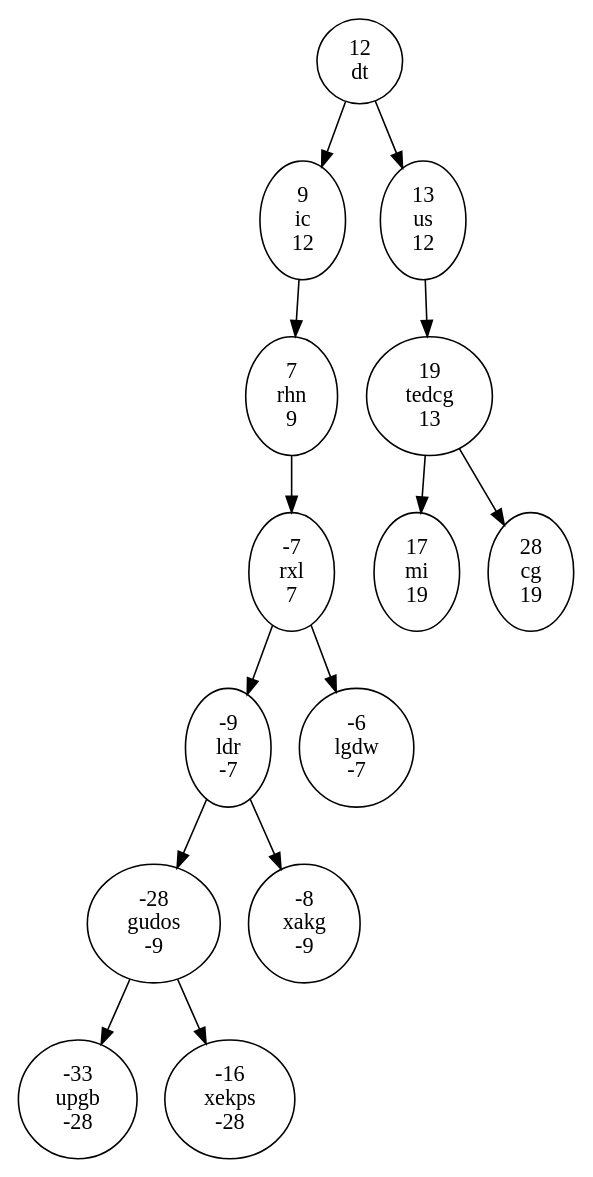
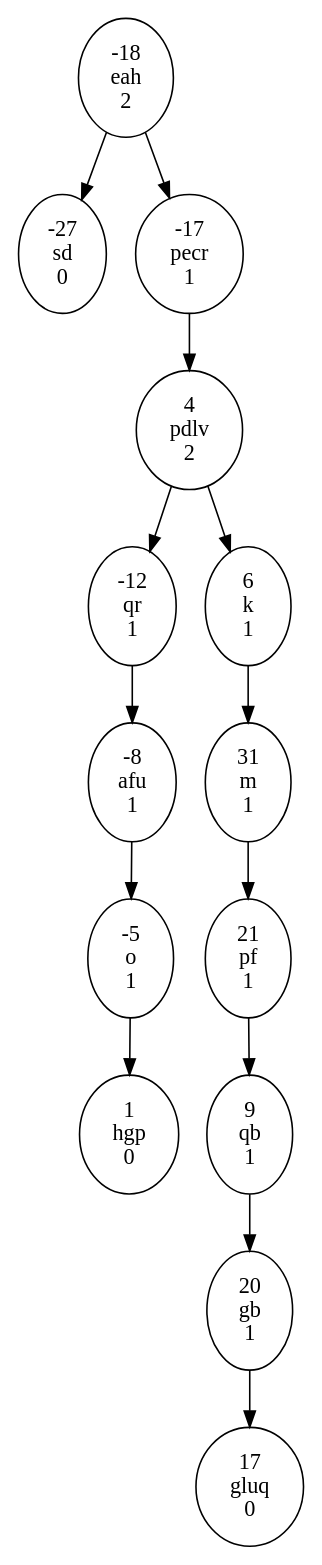
One commit to piotr-obroslak/Algorithmic_Tasks changed the diagram in AVL/test.dot. Above: the diagram before and after it, drawn with Graphviz.

```diff
--- a/AVL/test.dot
+++ b/AVL/test.dot
@@ -1,29 +1,29 @@
 digraph testAVL {
-	N_33[label="-33\nupgb\n-28"]
-	N_28[label="-28\ngudos\n-9"]
-	N_28->N_33
-	N_28->N_16
-	N_16[label="-16\nxekps\n-28"]
-	N_9[label="-9\nldr\n-7"]
-	N_9->N_28
-	N_9->N_8
-	N_8[label="-8\nxakg\n-9"]
-	N_7[label="-7\nrxl\n7"]
-	N_7->N_9
-	N_7->N_6
-	N_6[label="-6\nlgdw\n-7"]
-	N7[label="7\nrhn\n9"]
-	N7->N_7
-	N9[label="9\nic\n12"]
-	N9->N7
-	N12[label="12\ndt"]
-	N12->N9
-	N12->N13
-	N13[label="13\nus\n12"]
-	N13->N19
-	N17[label="17\nmi\n19"]
-	N19[label="19\ntedcg\n13"]
-	N19->N17
-	N19->N28
-	N28[label="28\ncg\n19"]
+	N_27[label="-27\nsd\n0"]
+	N_18[label="-18\neah\n2"]
+	N_18->N_27
+	N_18->N_17
+	N_17[label="-17\npecr\n1"]
+	N_17->N4
+	N_12[label="-12\nqr\n1"]
+	N_12->N_8
+	N_8[label="-8\nafu\n1"]
+	N_8->N_5
+	N_5[label="-5\no\n1"]
+	N_5->N1
+	N1[label="1\nhgp\n0"]
+	N4[label="4\npdlv\n2"]
+	N4->N_12
+	N4->N6
+	N6[label="6\nk\n1"]
+	N6->N31
+	N9[label="9\nqb\n1"]
+	N9->N20
+	N17[label="17\ngluq\n0"]
+	N20[label="20\ngb\n1"]
+	N20->N17
+	N21[label="21\npf\n1"]
+	N21->N9
+	N31[label="31\nm\n1"]
+	N31->N21
 }
```
